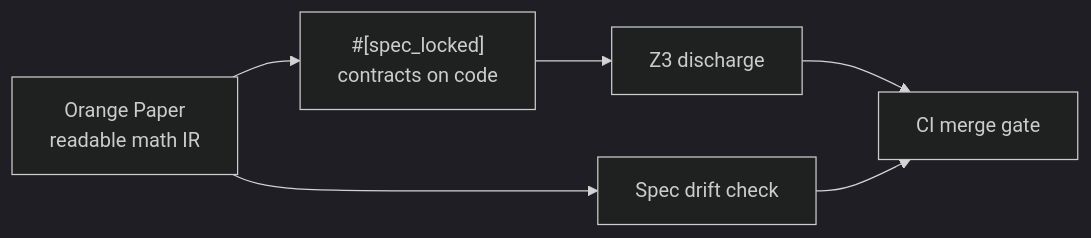
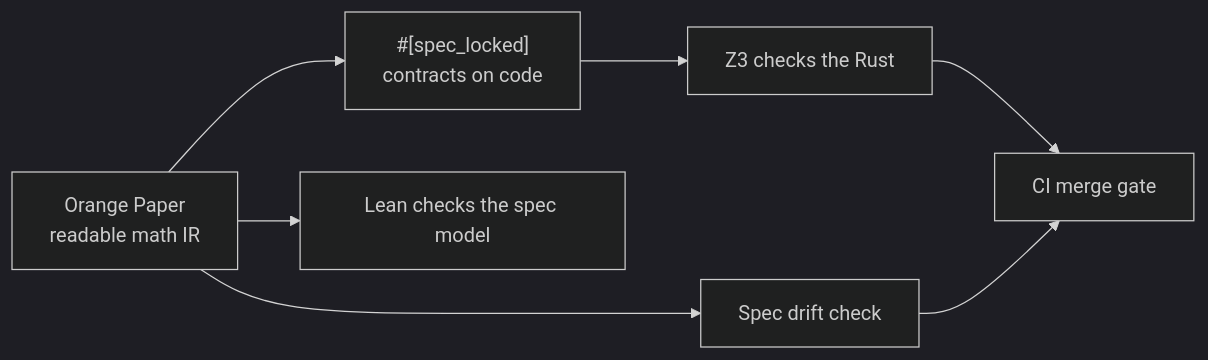
Before and after one commit to BTCDecoded/blvm-docs: the first of 2 diagrams in src/consensus/formal-verification.md, drawn with Mermaid (dark theme). The commit also changed other lines of this file and 2 other files, not shown here.

First line of the commit message:
docs: count spec-lock attributes and name Lean beside Z3

````diff
--- a/src/consensus/formal-verification.md
+++ b/src/consensus/formal-verification.md
@@ -11,13 +11,15 @@
 ```mermaid
 flowchart LR
  OP[Orange Paper<br/>readable math IR]
  ANN["#[spec_locked]<br/>contracts on code"]
- Z3[Z3 discharge]
+ Z3[Z3 checks the Rust]
+ LEAN[Lean checks the spec model]
  DRIFT[Spec drift check]
  CI[CI merge gate]
  OP --> ANN
  ANN --> Z3
+ OP --> LEAN
  OP --> DRIFT
  Z3 --> CI
  DRIFT --> CI
 ```
````
